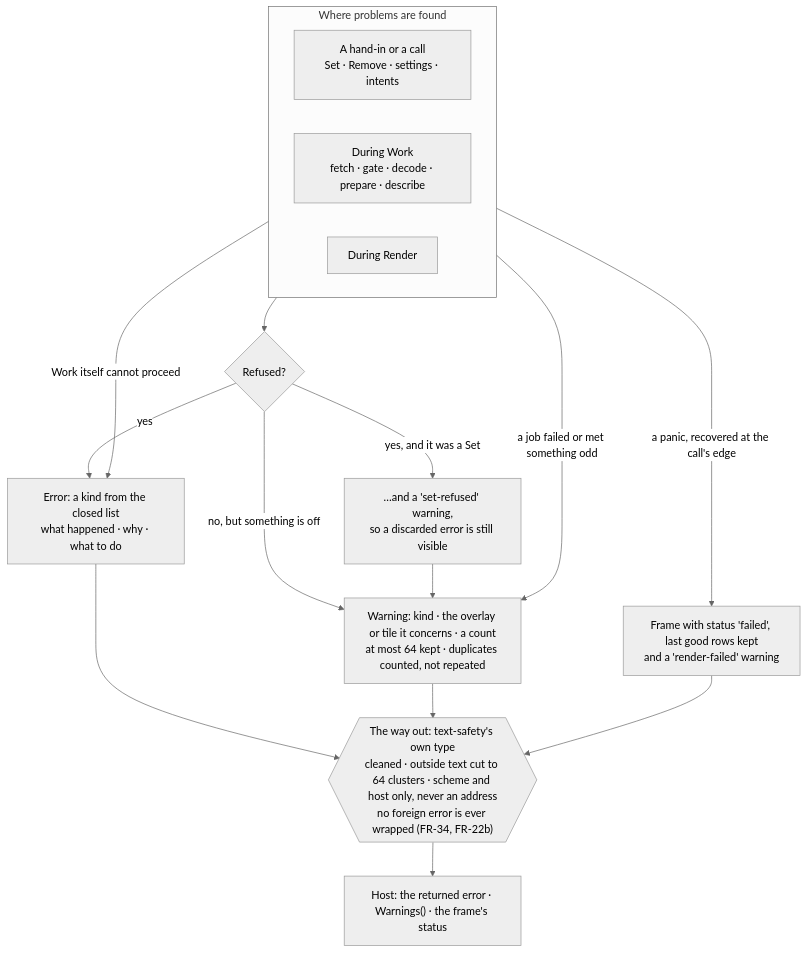
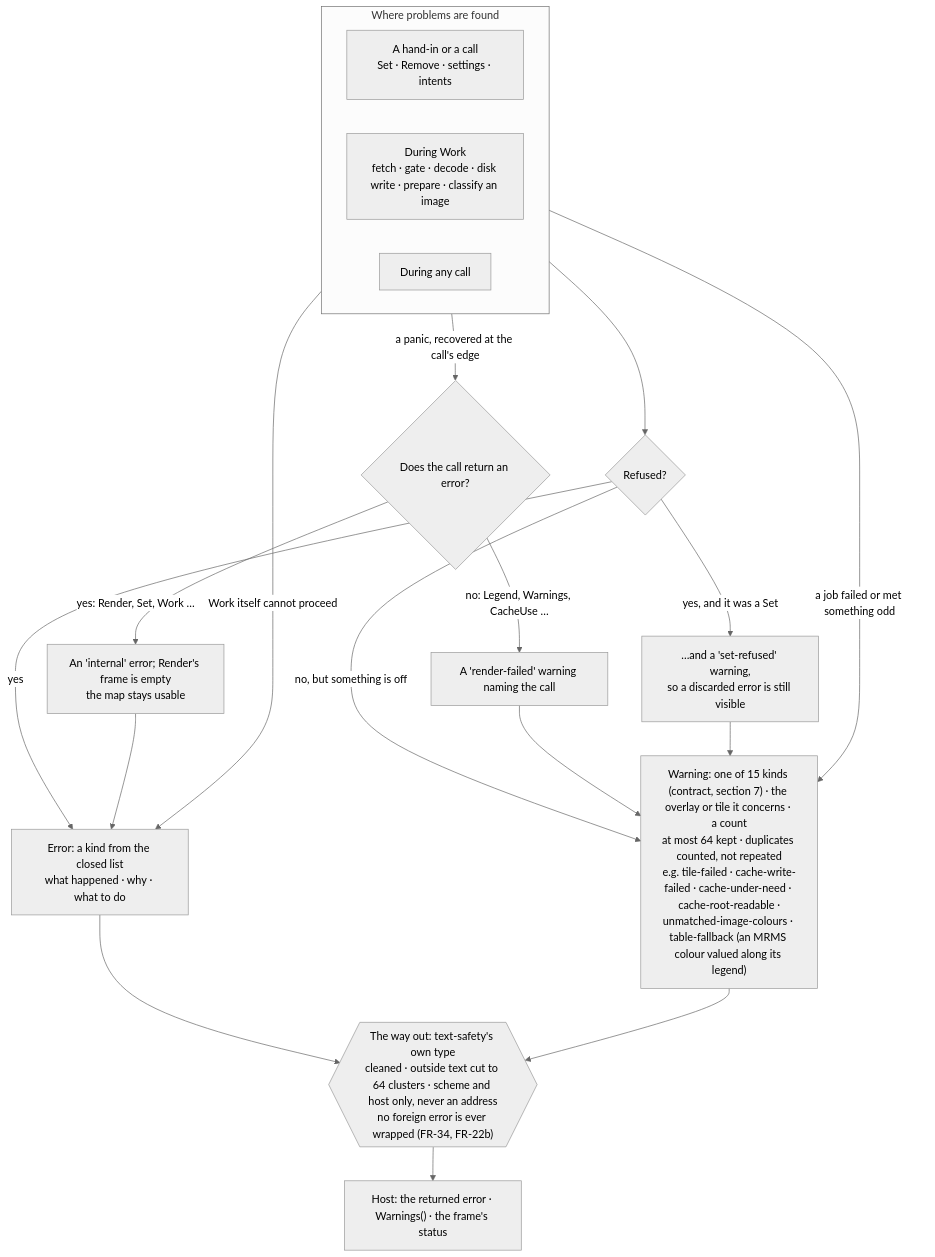
The diagram in 06_docs/02_features/go-tuimaps/03-architecture-design/L2-errors.md (branden-thompson/go-tuimaps), drawn with Mermaid (neutral theme) before and after one commit. The commit also changed other lines of this file and 20 other files, not shown here.

````diff
--- a/06_docs/02_features/go-tuimaps/03-architecture-design/L2-errors.md
+++ b/06_docs/02_features/go-tuimaps/03-architecture-design/L2-errors.md
@@ -7,22 +9,25 @@
 ```mermaid
 flowchart TB
     subgraph IN["Where problems are found"]
       direction LR
       H["A hand-in or a call<br/>Set · Remove · settings · intents"]
-      W["During Work<br/>fetch · gate · decode · prepare · describe"]
-      R["During Render"]
+      W["During Work<br/>fetch · gate · decode · disk write · prepare · classify an image"]
+      R["During any call"]
     end
     H --> REF{"Refused?"}
     REF -- yes --> ERR["Error: a kind from the closed list<br/>what happened · why · what to do"]
     REF -- "yes, and it was a Set" --> ALSO["…and a 'set-refused' warning,<br/>so a discarded error is still visible"]
     REF -- "no, but something is off" --> WARN
-    W -- "a job failed or met something odd" --> WARN["Warning: kind · the overlay or tile it concerns · a count<br/>at most 64 kept · duplicates counted, not repeated"]
+    W -- "a job failed or met something odd" --> WARN["Warning: one of 15 kinds (contract, section 7) · the overlay or tile it concerns · a count<br/>at most 64 kept · duplicates counted, not repeated<br/>e.g. tile-failed · cache-write-failed · cache-under-need · cache-root-readable ·<br/>unmatched-image-colours · table-fallback (an MRMS colour valued along its legend)"]
     W -- "Work itself cannot proceed" --> ERR
-    R -- "a panic, recovered at the call's edge" --> FAILF["Frame with status 'failed', last good rows kept<br/>and a 'render-failed' warning"]
+    R -- "a panic, recovered at the call's edge" --> FAILF{"Does the call return an error?"}
+    FAILF -- "yes: Render, Set, Work …" --> PANICE["An 'internal' error; Render's frame is empty<br/>the map stays usable"]
+    FAILF -- "no: Legend, Warnings, CacheUse …" --> PANICW["A 'render-failed' warning naming the call"]
+    PANICE --> ERR
+    PANICW --> WARN
     ERR --> SAFE
     WARN --> SAFE
     ALSO --> WARN
-    FAILF --> SAFE
     SAFE{{"The way out: text-safety's own type<br/>cleaned · outside text cut to 64 clusters · scheme and host only, never an address<br/>no foreign error is ever wrapped (FR-34, FR-22b)"}}
     SAFE --> HOST["Host: the returned error · Warnings() · the frame's status"]
 ```
````
